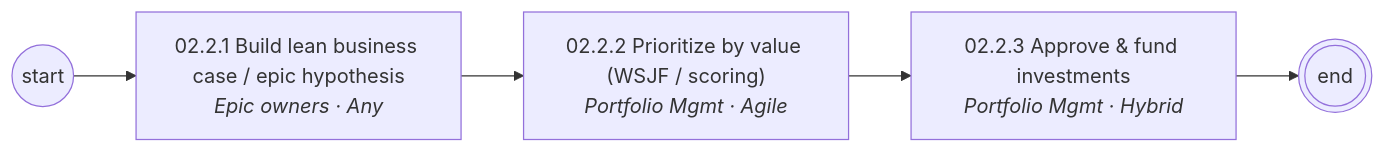
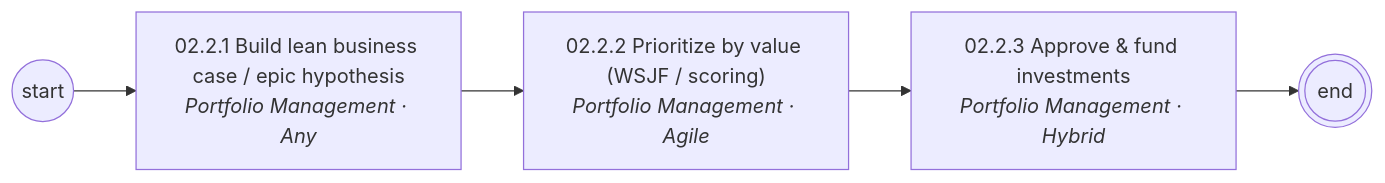
Before and after one commit to corbyjames/apptio-process-catalog: the third of 6 diagrams in diagrams/mermaid/area-02.md, drawn with Mermaid. The commit also changed other lines of this file and 251 other files, not shown here.

````diff
--- a/diagrams/mermaid/area-02.md
+++ b/diagrams/mermaid/area-02.md
@@ -39,11 +39,11 @@
 ```mermaid
 flowchart LR
   S((start))
-  N02_2_1["02.2.1 Build lean business case / epic hypothesis<br/><i>Epic owners · Any</i>"]
+  N02_2_1["02.2.1 Build lean business case / epic hypothesis<br/><i>Portfolio Management · Any</i>"]
   S --> N02_2_1
-  N02_2_2["02.2.2 Prioritize by value (WSJF / scoring)<br/><i>Portfolio Mgmt · Agile</i>"]
+  N02_2_2["02.2.2 Prioritize by value (WSJF / scoring)<br/><i>Portfolio Management · Agile</i>"]
   N02_2_1 --> N02_2_2
-  N02_2_3["02.2.3 Approve & fund investments<br/><i>Portfolio Mgmt · Hybrid</i>"]
+  N02_2_3["02.2.3 Approve & fund investments<br/><i>Portfolio Management · Hybrid</i>"]
   N02_2_2 --> N02_2_3
   N02_2_3 --> E(((end)))
 ```
````
